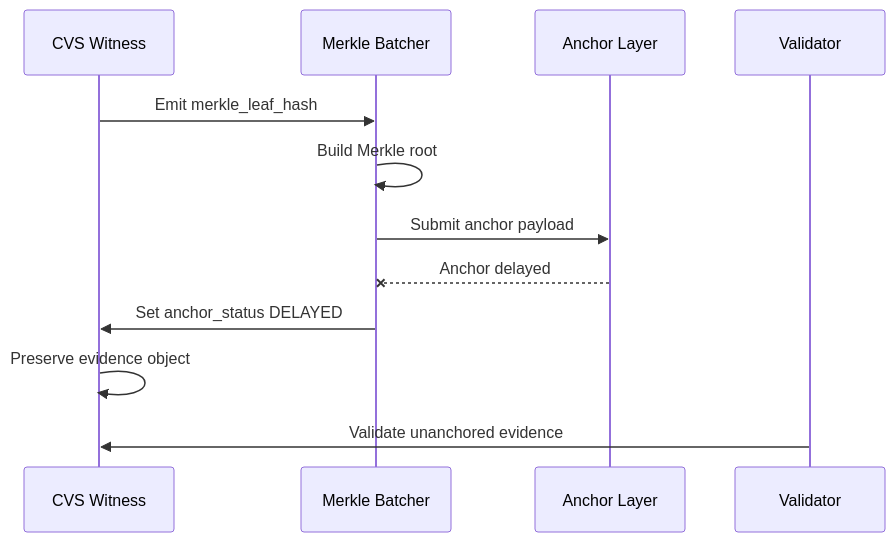
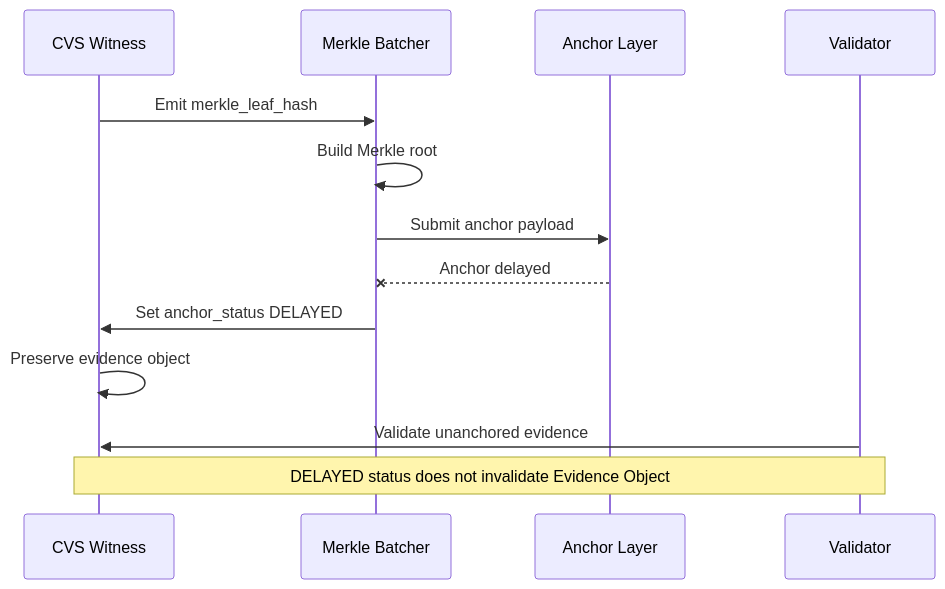
One commit to JonathanMastersWatson/Evidence-Sidecar changed the fourth of 4 diagrams in diagrams/SEQUENCE.md. Above: the diagram before and after it, drawn with Mermaid. The commit also changed other lines of this file, not shown here.

First line of the commit message:
Update SEQUENCE.md — gate fail-open sequence added, attestation and naming corrections applied

````diff
--- a/diagrams/SEQUENCE.md
+++ b/diagrams/SEQUENCE.md
@@ -41,15 +86,16 @@
 ```mermaid
 sequenceDiagram
     participant W as CVS Witness
     participant M as Merkle Batcher
     participant A as Anchor Layer
     participant V as Validator
 
     W->>M: Emit merkle_leaf_hash
     M->>M: Build Merkle root
     M->>A: Submit anchor payload
     A--xM: Anchor delayed
     M->>W: Set anchor_status DELAYED
     W->>W: Preserve evidence object
     V->>W: Validate unanchored evidence
+    Note over W,V: DELAYED status does not invalidate Evidence Object
 ```
````
